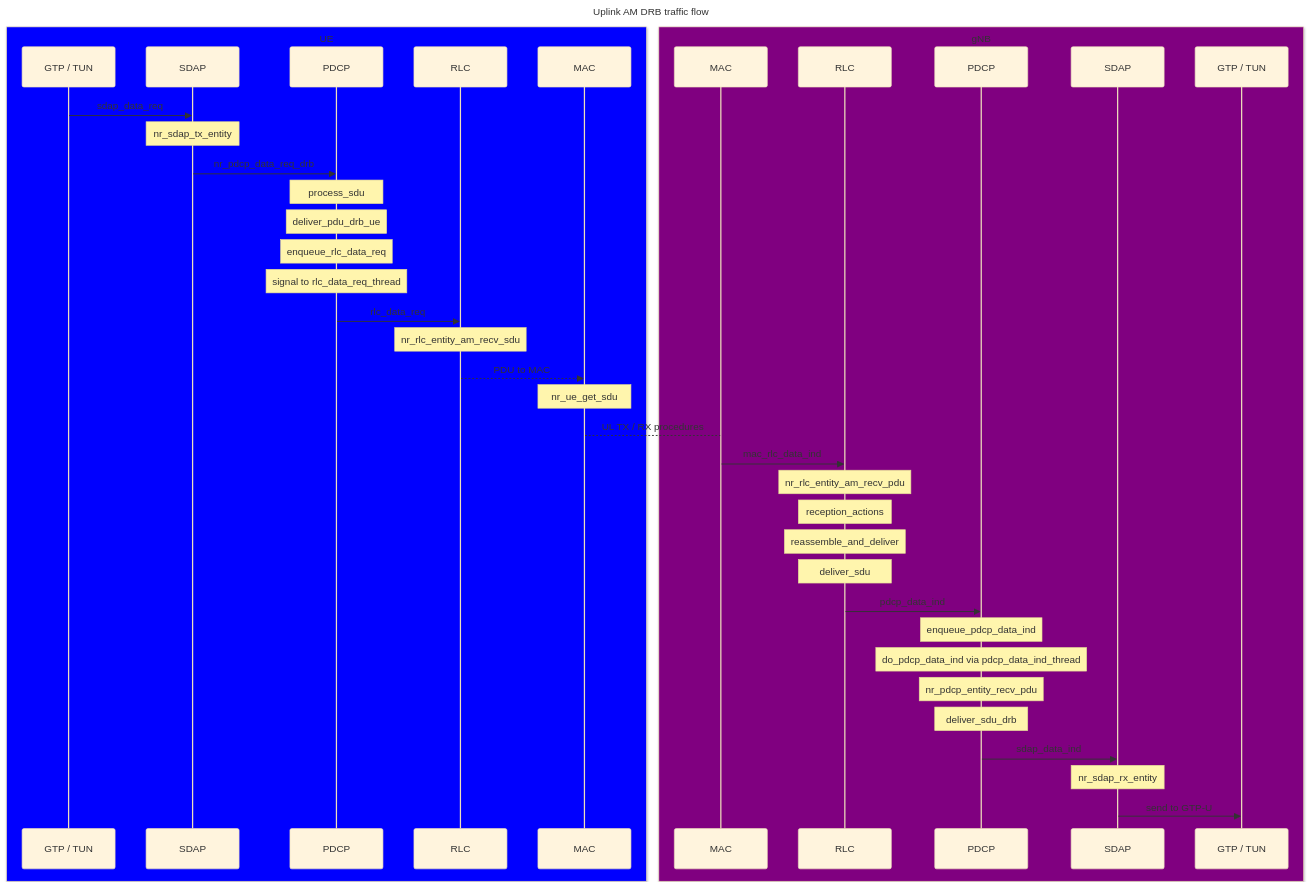
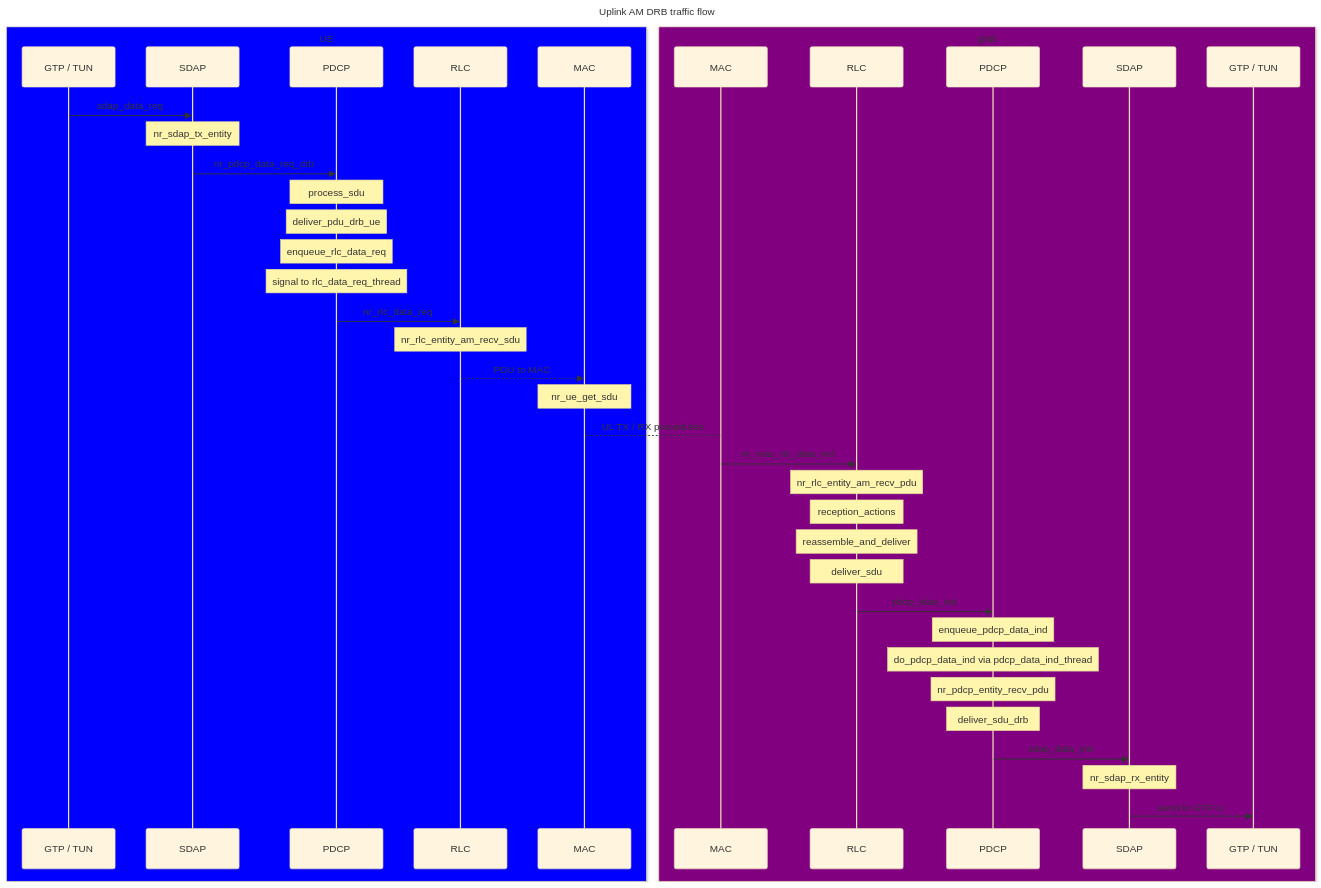
Before and after one commit to duranta-project/openairinterface5g: the second of 2 diagrams in doc/SW_archi.md, drawn with Mermaid (base theme). The commit also changed other lines of this file and 1 other file, not shown here.

````diff
--- a/doc/SW_archi.md
+++ b/doc/SW_archi.md
@@ -374,43 +230,43 @@
 ```mermaid
  sequenceDiagram
     title Uplink AM DRB traffic flow
     box Blue UE
     participant GUE as GTP / TUN
     participant SUE as SDAP
     participant PUE as PDCP
     participant RUE as RLC
     participant MUE as MAC
     end
     GUE->>SUE: sdap_data_req
     note over SUE: nr_sdap_tx_entity
     SUE->>PUE: nr_pdcp_data_req_drb
     note over PUE: process_sdu
     note over PUE: deliver_pdu_drb_ue
     note over PUE: enqueue_rlc_data_req
     note over PUE: signal to rlc_data_req_thread
-    PUE->>RUE: rlc_data_req
+    PUE->>RUE: nr_rlc_data_req
     note over RUE: nr_rlc_entity_am_recv_sdu
     RUE-->>MUE: PDU to MAC
     note over MUE: nr_ue_get_sdu
     MUE-->MG: UL TX / RX procedures
     box Purple gNB
     participant MG as MAC
     participant RG as RLC
     participant PG as PDCP
     participant SG as SDAP
     participant GG as GTP / TUN
     end
-    MG->>RG: mac_rlc_data_ind
+    MG->>RG: nr_mac_rlc_data_ind
     note over RG: nr_rlc_entity_am_recv_pdu
     note over RG: reception_actions
     note over RG: reassemble_and_deliver
     note over RG: deliver_sdu
     RG->>PG: pdcp_data_ind
     note over PG: enqueue_pdcp_data_ind
     note over PG: do_pdcp_data_ind via pdcp_data_ind_thread
     note over PG: nr_pdcp_entity_recv_pdu
     note over PG: deliver_sdu_drb
     PG->>SG: sdap_data_ind
     note over SG: nr_sdap_rx_entity
     SG->>GG: send to GTP-U
 ```
````
